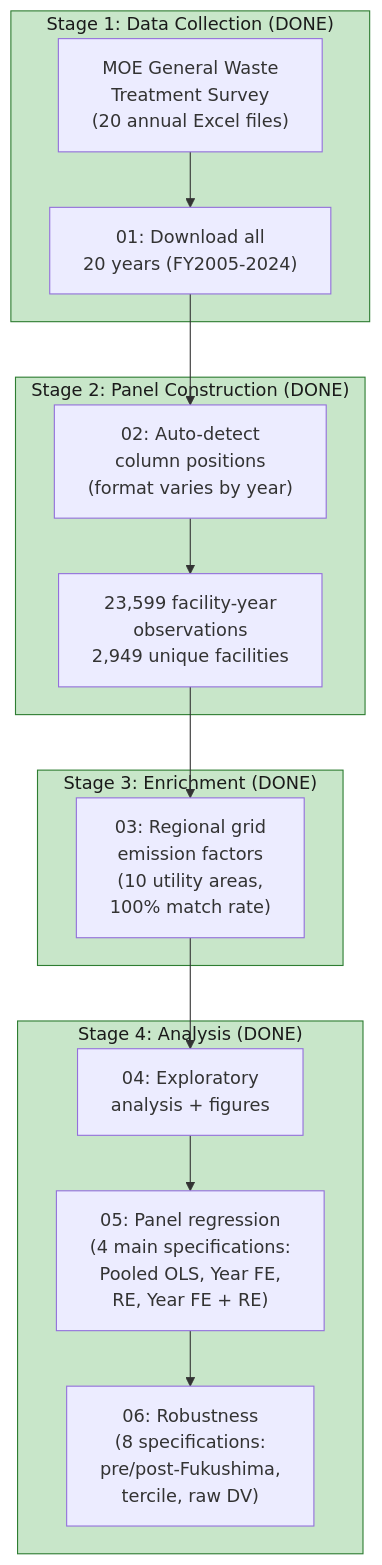
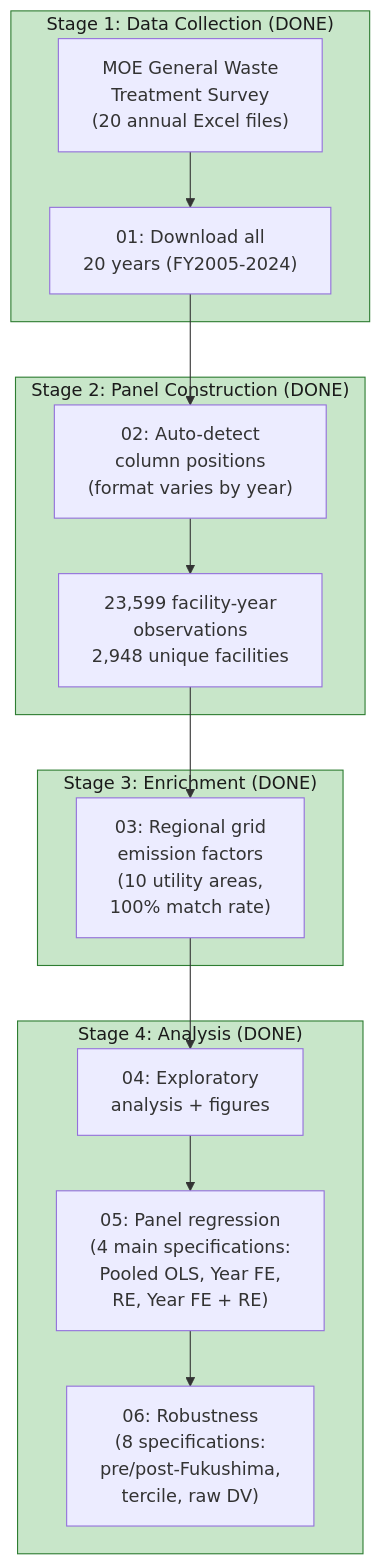
Before and after one commit to Pann13223029/incineration-paper: the second of 3 diagrams in README.md, drawn with Mermaid. The commit also changed other lines of this file and 27 other files, not shown here.

````diff
--- a/README.md
+++ b/README.md
@@ -53,27 +53,27 @@
 ```mermaid
 flowchart TD
     subgraph Download["Stage 1: Data Collection (DONE)"]
         A["MOE General Waste<br/>Treatment Survey<br/>(20 annual Excel files)"]
         A --> B["01: Download all<br/>20 years (FY2005-2024)"]
     end
 
     subgraph Parse["Stage 2: Panel Construction (DONE)"]
         B --> C["02: Auto-detect<br/>column positions<br/>(format varies by year)"]
-        C --> D["23,599 facility-year<br/>observations<br/>2,949 unique facilities"]
+        C --> D["23,599 facility-year<br/>observations<br/>2,948 unique facilities"]
     end
 
     subgraph Enrich["Stage 3: Enrichment (DONE)"]
         D --> E["03: Regional grid<br/>emission factors<br/>(10 utility areas,<br/>100% match rate)"]
     end
 
     subgraph Analyze["Stage 4: Analysis (DONE)"]
         E --> F["04: Exploratory<br/>analysis + figures"]
         F --> G["05: Panel regression<br/>(4 main specifications:<br/>Pooled OLS, Year FE,<br/>RE, Year FE + RE)"]
         G --> H["06: Robustness<br/>(8 specifications:<br/>pre/post-Fukushima,<br/>tercile, raw DV)"]
     end
 
     style Download fill:#c8e6c9,stroke:#2e7d32,color:#1a1a1a
     style Parse fill:#c8e6c9,stroke:#2e7d32,color:#1a1a1a
     style Enrich fill:#c8e6c9,stroke:#2e7d32,color:#1a1a1a
     style Analyze fill:#c8e6c9,stroke:#2e7d32,color:#1a1a1a
 ```
````
